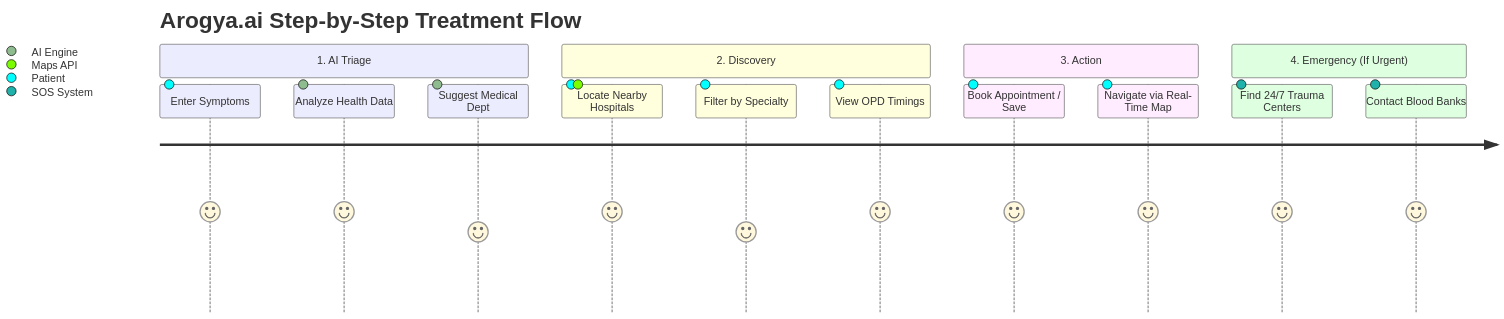
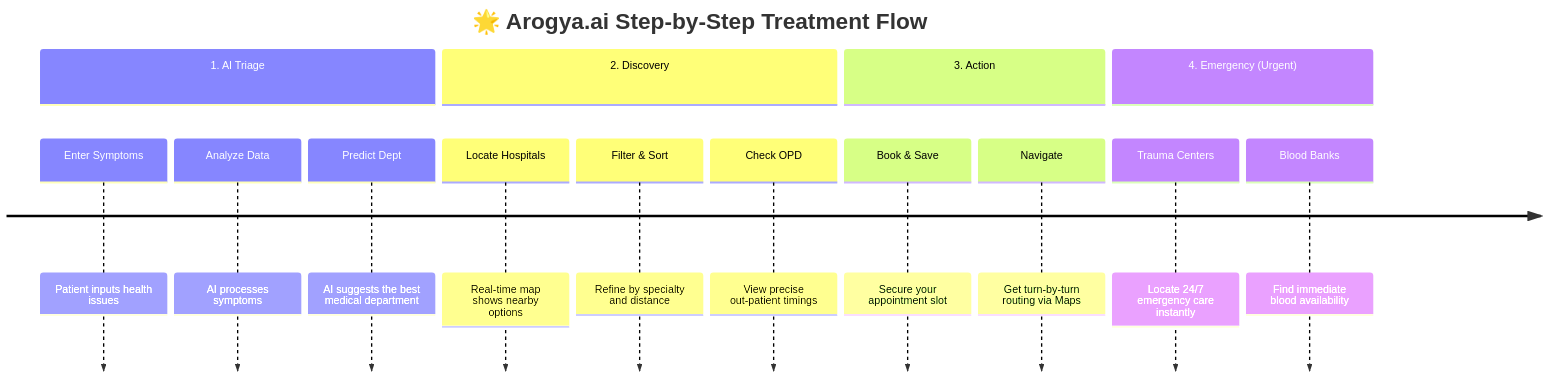
One commit to HarshitaShakya/Arogya.ai changed the second of 2 diagrams in README.md. Above: the diagram before and after it, drawn with Mermaid.

Commit message:
Upgrade patient experience diagram to a modern timeline format

````diff
--- a/README.md
+++ b/README.md
@@ -84,18 +84,18 @@
 ```mermaid
-journey
-    title Arogya.ai Step-by-Step Treatment Flow
+timeline
+    title 🌟 Arogya.ai Step-by-Step Treatment Flow
     section 1. AI Triage
-      Enter Symptoms: 5: Patient
-      Analyze Health Data: 5: AI Engine
-      Suggest Medical Dept: 4: AI Engine
+        Enter Symptoms : Patient inputs health issues
+        Analyze Data : AI processes symptoms
+        Predict Dept : AI suggests the best medical department
     section 2. Discovery
-      Locate Nearby Hospitals: 5: Patient, Maps API
-      Filter by Specialty: 4: Patient
-      View OPD Timings: 5: Patient
+        Locate Hospitals : Real-time map shows nearby options
+        Filter & Sort : Refine by specialty and distance
+        Check OPD : View precise out-patient timings
     section 3. Action
-      Book Appointment / Save: 5: Patient
-      Navigate via Real-Time Map: 5: Patient
-    section 4. Emergency (If Urgent)
-      Find 24/7 Trauma Centers: 5: SOS System
-      Contact Blood Banks: 5: SOS System
+        Book & Save : Secure your appointment slot
+        Navigate : Get turn-by-turn routing via Maps
+    section 4. Emergency (Urgent)
+        Trauma Centers : Locate 24/7 emergency care instantly
+        Blood Banks : Find immediate blood availability
 ```
````
